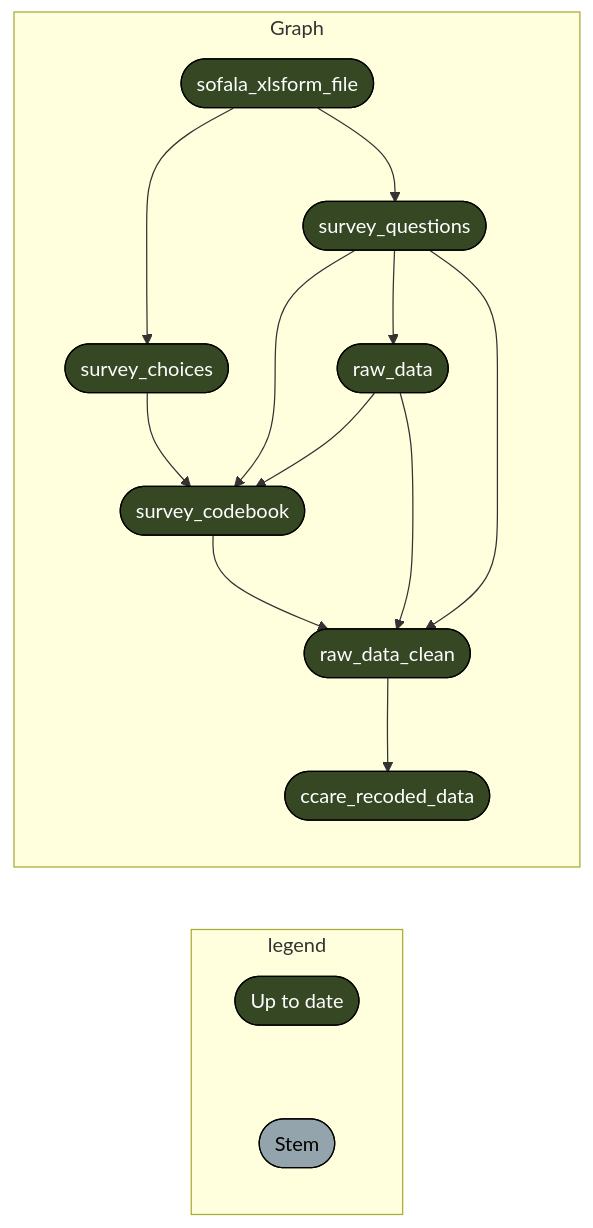
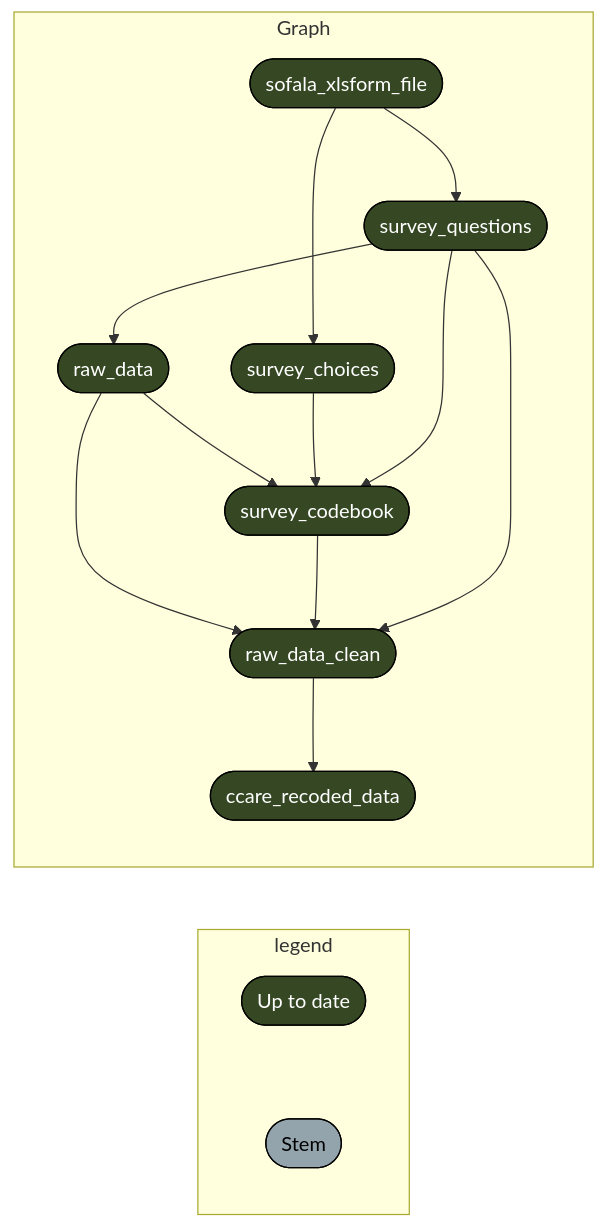
The fourth of 5 diagrams in README.md (katilingban/mozambique-s3m), drawn with Mermaid before and after one commit. The commit also changed other lines of this file and 3 other files, not shown here.

````diff
--- a/README.md
+++ b/README.md
@@ -127,21 +127,21 @@
 ``` mermaid
 graph LR
   subgraph legend
     x7420bd9270f8d27d([""Up to date""]):::uptodate --- xbf4603d6c2c2ad6b([""Stem""]):::none
   end
   subgraph Graph
+    x0c65864d89dfd824(["survey_questions"]):::uptodate --> x136e4e85e6851637(["raw_data"]):::uptodate
+    x136e4e85e6851637(["raw_data"]):::uptodate --> x09e58614f2343db8(["raw_data_clean"]):::uptodate
+    xfcfc1959dbba8ed3(["survey_codebook"]):::uptodate --> x09e58614f2343db8(["raw_data_clean"]):::uptodate
+    x0c65864d89dfd824(["survey_questions"]):::uptodate --> x09e58614f2343db8(["raw_data_clean"]):::uptodate
+    x52eeb21c389d52d8(["sofala_xlsform_file"]):::uptodate --> x0c65864d89dfd824(["survey_questions"]):::uptodate
     x136e4e85e6851637(["raw_data"]):::uptodate --> xfcfc1959dbba8ed3(["survey_codebook"]):::uptodate
     x5aed27afbde18e19(["survey_choices"]):::uptodate --> xfcfc1959dbba8ed3(["survey_codebook"]):::uptodate
     x0c65864d89dfd824(["survey_questions"]):::uptodate --> xfcfc1959dbba8ed3(["survey_codebook"]):::uptodate
-    x0c65864d89dfd824(["survey_questions"]):::uptodate --> x136e4e85e6851637(["raw_data"]):::uptodate
     x52eeb21c389d52d8(["sofala_xlsform_file"]):::uptodate --> x5aed27afbde18e19(["survey_choices"]):::uptodate
     x09e58614f2343db8(["raw_data_clean"]):::uptodate --> x3c8b244f6e4168fe(["ccare_recoded_data"]):::uptodate
-    x52eeb21c389d52d8(["sofala_xlsform_file"]):::uptodate --> x0c65864d89dfd824(["survey_questions"]):::uptodate
-    x136e4e85e6851637(["raw_data"]):::uptodate --> x09e58614f2343db8(["raw_data_clean"]):::uptodate
-    xfcfc1959dbba8ed3(["survey_codebook"]):::uptodate --> x09e58614f2343db8(["raw_data_clean"]):::uptodate
-    x0c65864d89dfd824(["survey_questions"]):::uptodate --> x09e58614f2343db8(["raw_data_clean"]):::uptodate
   end
   classDef uptodate stroke:#000000,color:#ffffff,fill:#354823;
   classDef none stroke:#000000,color:#000000,fill:#94a4ac;
   linkStyle 0 stroke-width:0px;
 ```
````
